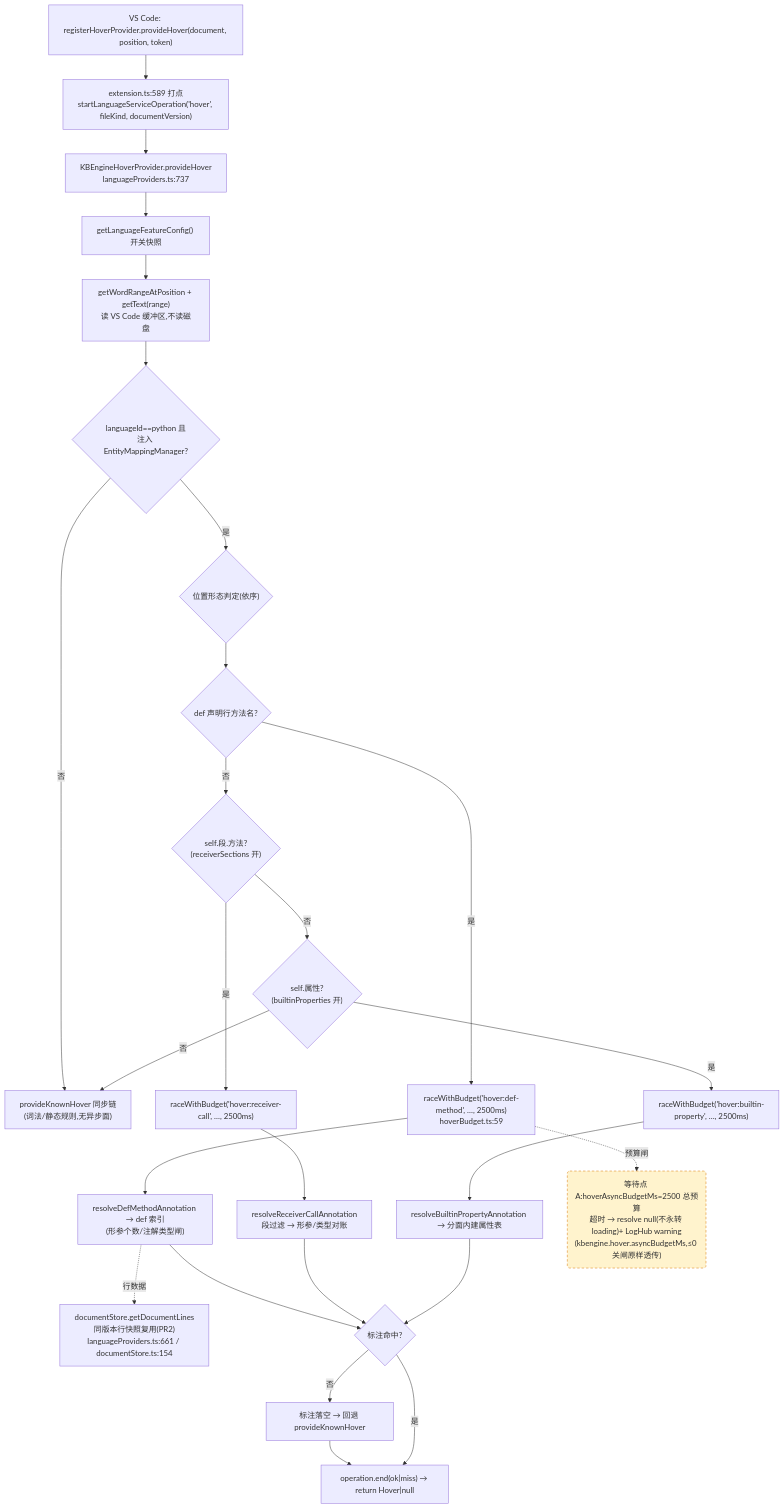
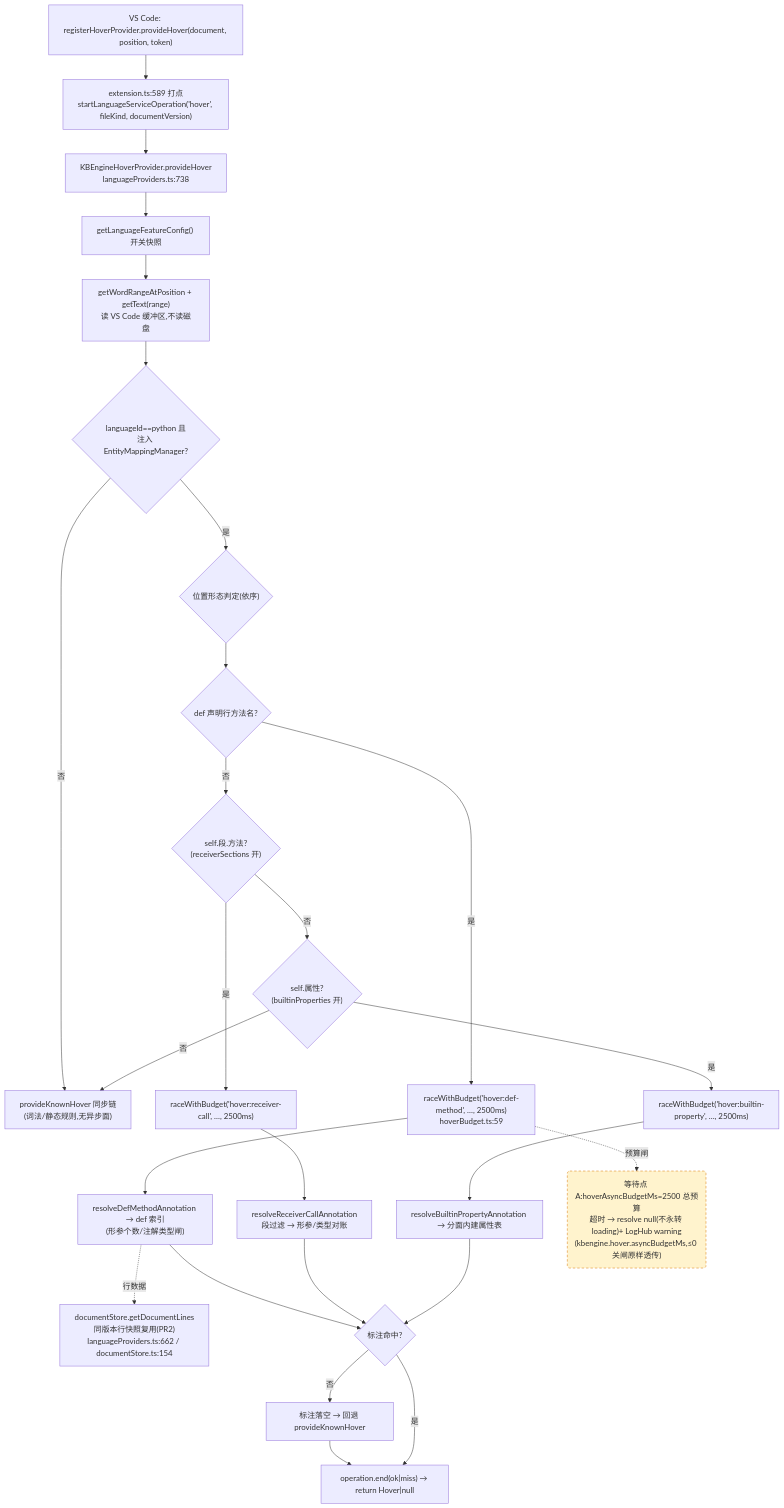
Before and after one commit to cuihairu/kode: the first of 4 diagrams in docs/perf/2026-baseline.md, drawn with Mermaid. The commit also changed other lines of this file and 8 other files, not shown here.

````diff
--- a/docs/perf/2026-baseline.md
+++ b/docs/perf/2026-baseline.md
@@ -82,45 +82,45 @@
 ```mermaid
 flowchart TD
   VC1["VS Code: registerHoverProvider.provideHover(document, position, token)"]
   M1["extension.ts:589 打点<br/>startLanguageServiceOperation('hover', fileKind, documentVersion)"]
-  HP["KBEngineHoverProvider.provideHover<br/>languageProviders.ts:737"]
+  HP["KBEngineHoverProvider.provideHover<br/>languageProviders.ts:738"]
   CFG["getLanguageFeatureConfig() 开关快照"]
   WORD["getWordRangeAtPosition + getText(range)<br/>读 VS Code 缓冲区,不读磁盘"]
   BR{"languageId==python 且<br/>注入 EntityMappingManager?"}
   KN["provideKnownHover 同步链<br/>(词法/静态规则,无异步面)"]
   POS{"位置形态判定(依序)"}
   D1{"def 声明行方法名?"}
   D2{"self.段.方法?<br/>(receiverSections 开)"}
   D3{"self.属性?<br/>(builtinProperties 开)"}
   RA1["raceWithBudget('hover:def-method', …, 2500ms)<br/>hoverBudget.ts:59"]
   RA2["raceWithBudget('hover:receiver-call', …, 2500ms)"]
   RA3["raceWithBudget('hover:builtin-property', …, 2500ms)"]
   RS1["resolveDefMethodAnnotation → def 索引<br/>(形参个数/注解类型闸)"]
   RS2["resolveReceiverCallAnnotation<br/>段过滤 → 形参/类型对账"]
   RS3["resolveBuiltinPropertyAnnotation → 分面内建属性表"]
-  LINES["documentStore.getDocumentLines<br/>同版本行快照复用(PR2)<br/>languageProviders.ts:661 / documentStore.ts:154"]
+  LINES["documentStore.getDocumentLines<br/>同版本行快照复用(PR2)<br/>languageProviders.ts:662 / documentStore.ts:154"]
   MISS["标注落空 → 回退 provideKnownHover"]
   END1["operation.end(ok|miss) → return Hover|null"]
 
   VC1 --> M1 --> HP --> CFG --> WORD --> BR
   BR -- "否" --> KN
   BR -- "是" --> POS --> D1
   D1 -- "是" --> RA1 --> RS1
   D1 -- "否" --> D2
   D2 -- "是" --> RA2 --> RS2
   D2 -- "否" --> D3
   D3 -- "是" --> RA3 --> RS3
   D3 -- "否" --> KN
   RS1 --> HIT{"标注命中?"}
   RS2 --> HIT
   RS3 --> HIT
   RS1 -.->|行数据| LINES
   HIT -- "否" --> MISS --> END1
   HIT -- "是" --> END1
 
   WAITA("等待点 A:hoverAsyncBudgetMs=2500 总预算<br/>超时 → resolve null(不永转 loading)+ LogHub warning<br/>(kbengine.hover.asyncBudgetMs,≤0 关闸原样透传)")
   RA1 -.->|预算闸| WAITA
 
   classDef waitPoint fill:#fff3cd,stroke:#d97706,stroke-dasharray:5 4;
   class WAITA waitPoint;
 ```
````
